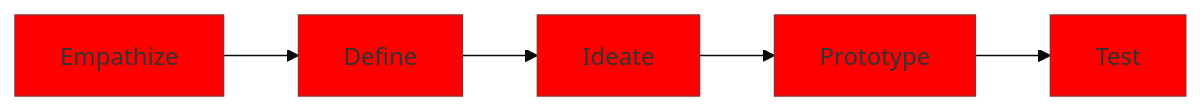
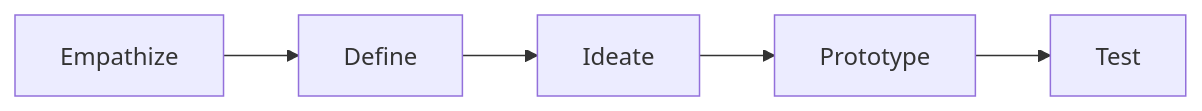
One commit to Standards-and-Practices/Structured-Rapid-Development changed the diagram in experiences/design/DesignThinking.md. Above: the diagram before and after it, drawn with Mermaid. The commit also changed other lines of this file, not shown here.

Commit message:
Change theme for mermaid diagram.

````diff
--- a/experiences/design/DesignThinking.md
+++ b/experiences/design/DesignThinking.md
@@ -6,8 +7,16 @@
 ```mermaid
-  %%{init: {'theme': 'base', 'themeVariables': { 'primaryColor': '#ff0000'}}}%%
+  %%{
+      init: {
+          'theme': 'base', 
+          'themeVariables': { 
+              'primaryColor': '#4986ad',
+              'textColor': '#ffffff',
+            }
+        }
+    }%%
   flowchart LR;
       Empathize-->Define;
       Define-->Ideate;
       Ideate-->Prototype;
       Prototype-->Test;
 ```
````
